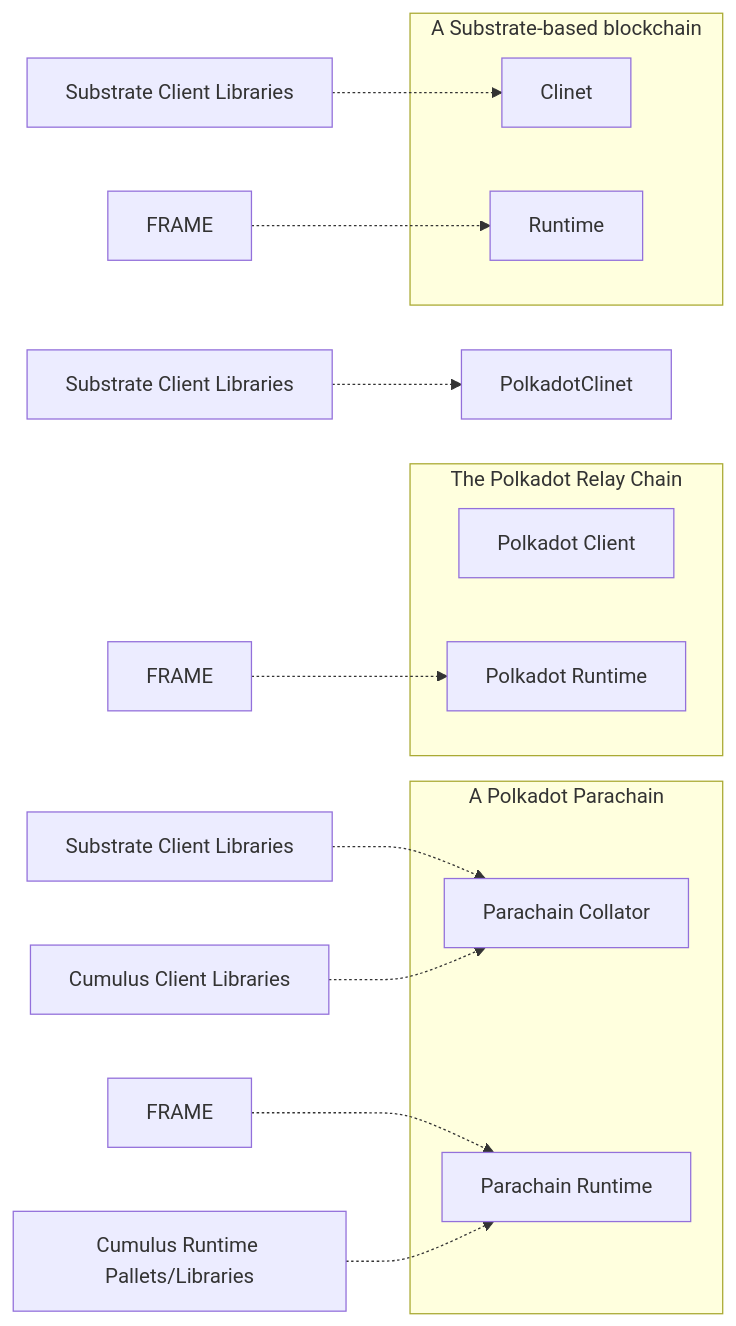
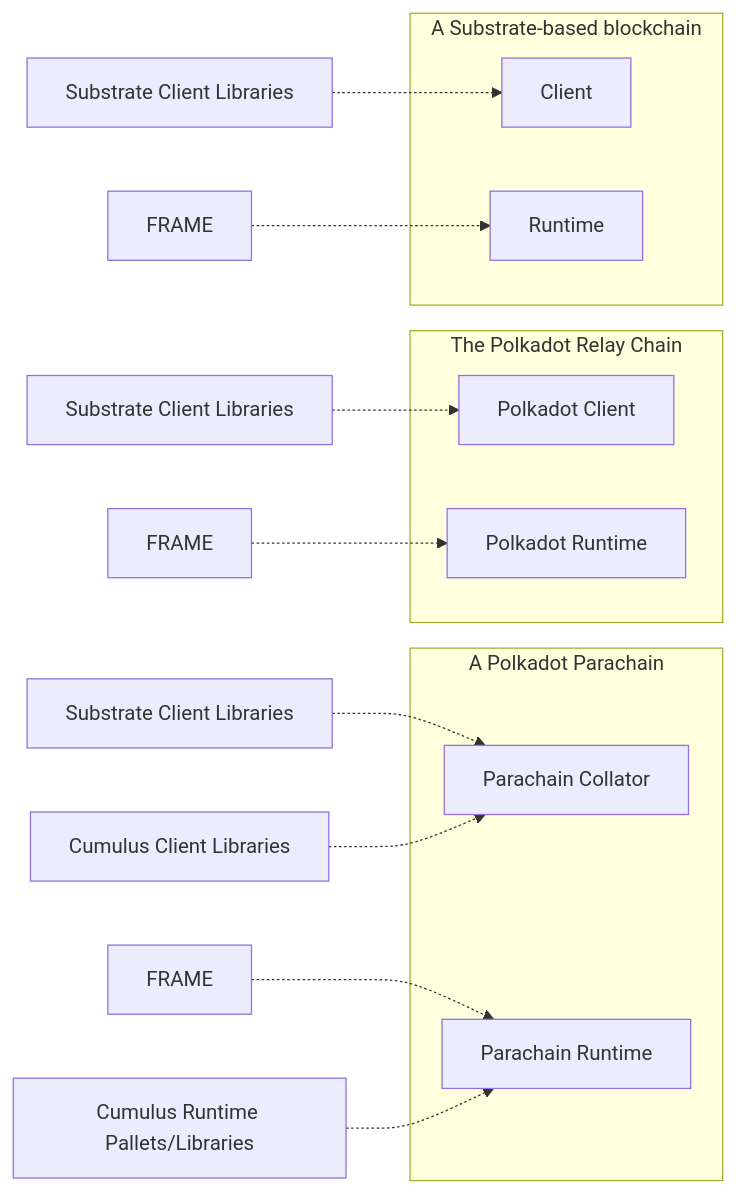
Before and after one commit to paritytech/polkadot-sdk: the diagram in docs/mermaid/polkadot_sdk.mmd, drawn with Mermaid. The commit also changed 6 other files, not shown here.

```diff
--- a/docs/mermaid/polkadot_sdk.mmd
+++ b/docs/mermaid/polkadot_sdk.mmd
@@ -1,26 +1,26 @@
 flowchart LR
     subgraph Parachain[A Polkadot Parachain]
         ParachainCollator[Parachain Collator]
         ParachainRuntime[Parachain Runtime]
     end
 
     subgraph Polkadot[The Polkadot Relay Chain]
         PolkadotClient[Polkadot Client]
         PolkadotRuntime[Polkadot Runtime]
     end
 
     subgraph SubstrateChain[A Substrate-based blockchain]
-        Clinet
+        Client
         Runtime
     end
 
     FRAME1[FRAME] -.-> Runtime
     FRAME2[FRAME] -.-> PolkadotRuntime
     FRAME3[FRAME] -.-> ParachainRuntime
 
-    Substrate1[Substrate Client Libraries] -.-> Clinet
-    Substrate2[Substrate Client Libraries] -.-> PolkadotClinet
+    Substrate1[Substrate Client Libraries] -.-> Client
+    Substrate2[Substrate Client Libraries] -.-> PolkadotClient
     Substrate3[Substrate Client Libraries] -.-> ParachainCollator
 
     Cumulus1[Cumulus Runtime Pallets/Libraries] -.-> ParachainRuntime
     Cumulus2[Cumulus Client Libraries] -.-> ParachainCollator
```
